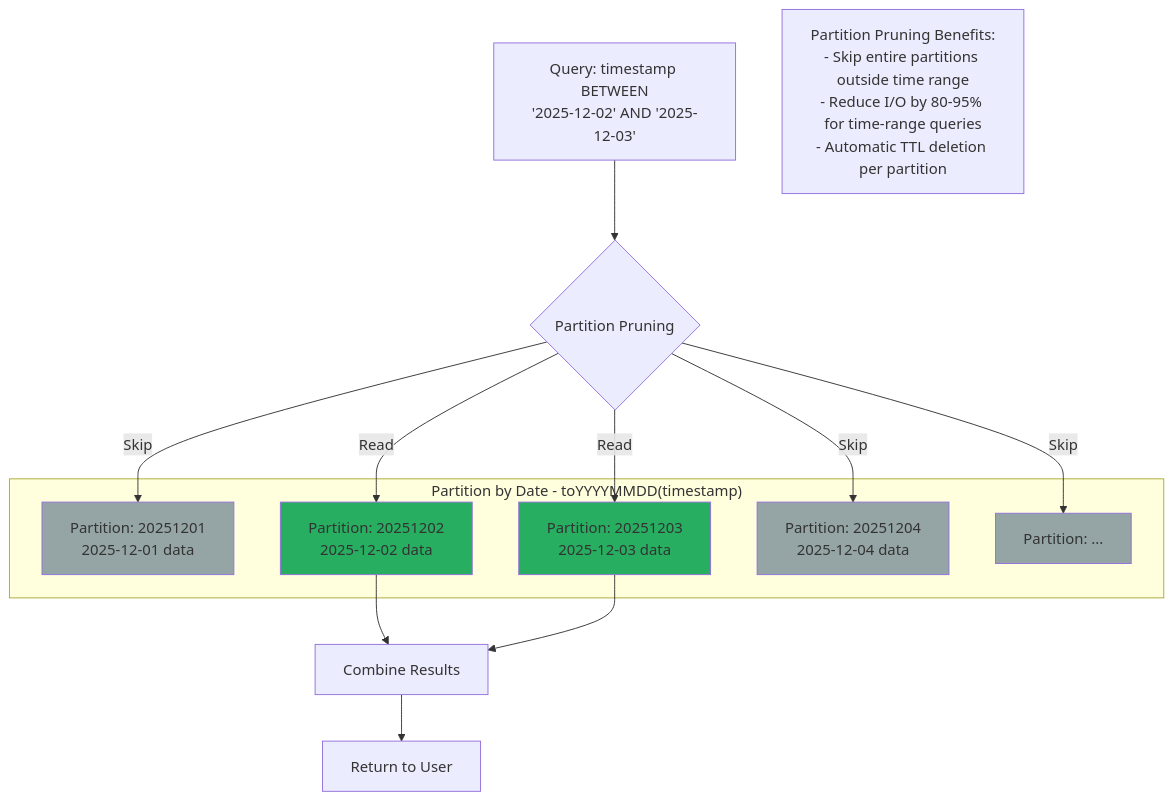
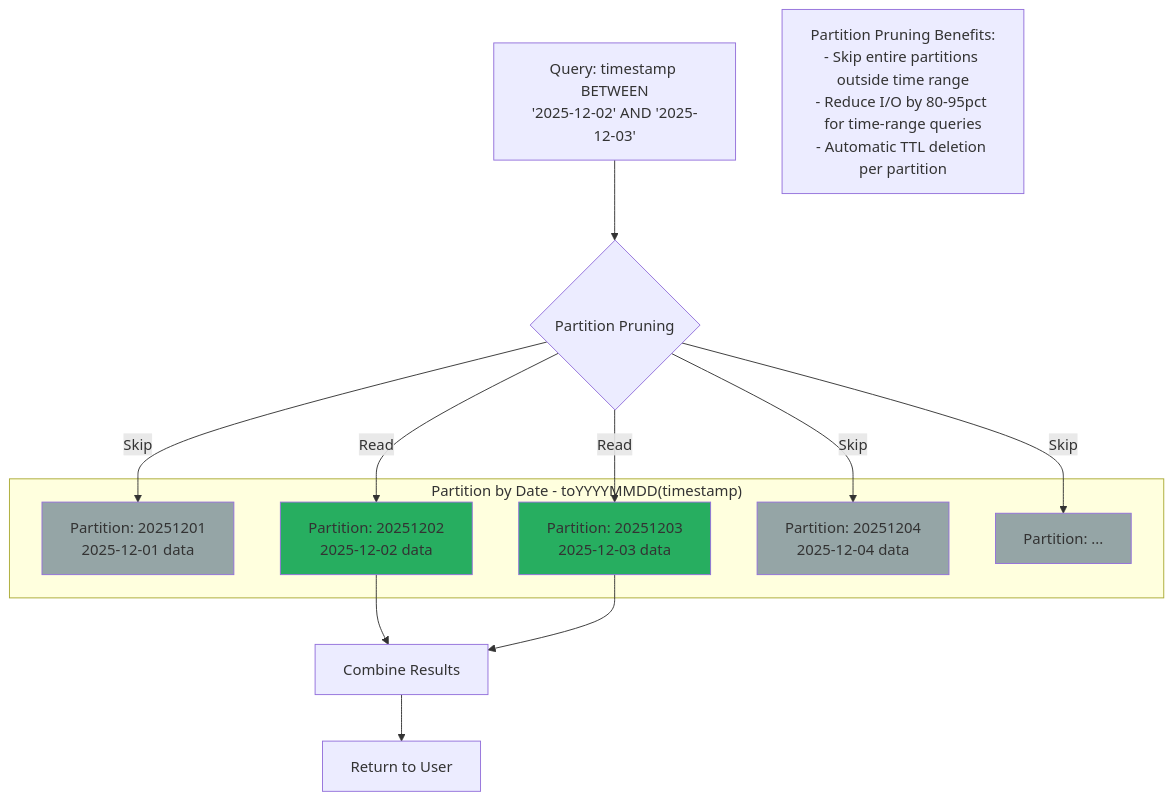
One commit to telemetryflow/telemetryflow-overview changed diagram 23 of 54 in architecture/05-PERFORMANCE.md. Above: the diagram before and after it, drawn with Mermaid. The commit also changed other lines of this file and 68 other files, not shown here.

````diff
--- a/architecture/05-PERFORMANCE.md
+++ b/architecture/05-PERFORMANCE.md
@@ -915,31 +921,31 @@
 ```mermaid
 graph TB
     subgraph "Partition by Date - toYYYYMMDD(timestamp)"
         A[Partition: 20251201<br/>2025-12-01 data]
         B[Partition: 20251202<br/>2025-12-02 data]
         C[Partition: 20251203<br/>2025-12-03 data]
         D[Partition: 20251204<br/>2025-12-04 data]
         E[Partition: ...]
     end
 
     F[Query: timestamp BETWEEN<br/>'2025-12-02' AND '2025-12-03'] --> G{Partition Pruning}
 
     G -->|Skip| A
     G -->|Read| B
     G -->|Read| C
     G -->|Skip| D
     G -->|Skip| E
 
     B --> H[Combine Results]
     C --> H
 
     H --> I[Return to User]
 
     style A fill:#95a5a6
     style D fill:#95a5a6
     style E fill:#95a5a6
     style B fill:#27ae60
     style C fill:#27ae60
 
-    Note[Partition Pruning Benefits:<br/>- Skip entire partitions outside time range<br/>- Reduce I/O by 80-95% for time-range queries<br/>- Automatic TTL deletion per partition]
+    Note[Partition Pruning Benefits:<br/>- Skip entire partitions outside time range<br/>- Reduce I/O by 80-95pct for time-range queries<br/>- Automatic TTL deletion per partition]
 ```
````
